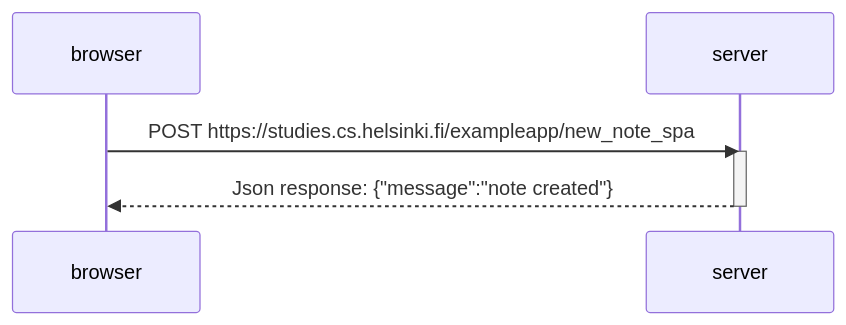
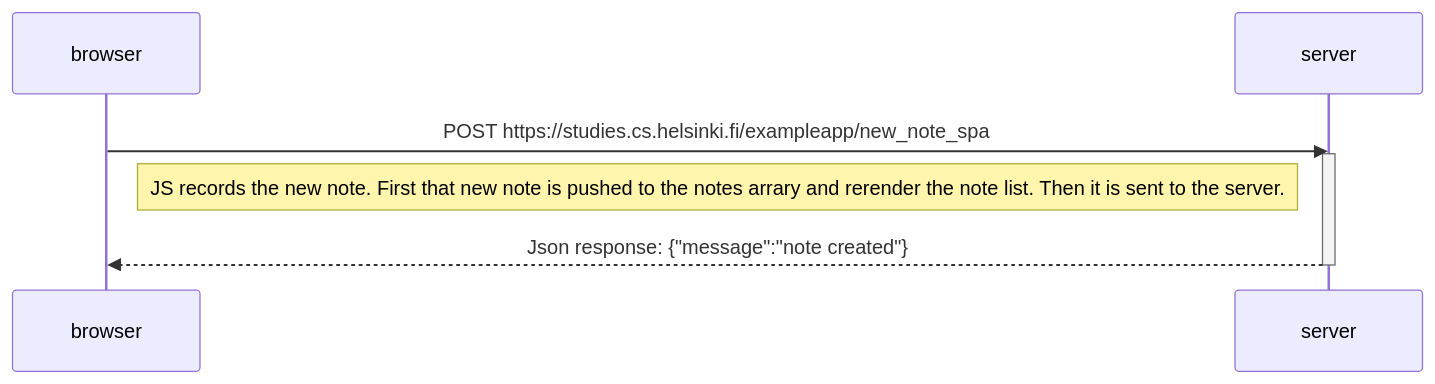
One commit to JohnasonY/FullStack-WebDev changed the diagram in part0/0.6.md. Above: the diagram before and after it, drawn with Mermaid.

````diff
--- a/part0/0.6.md
+++ b/part0/0.6.md
@@ -1,11 +1,12 @@
 ```mermaid
 sequenceDiagram
     participant browser
     participant server
     
     browser->>server: POST https://studies.cs.helsinki.fi/exampleapp/new_note_spa
     activate server
+    Note right of browser: JS records the new note. First that new note is pushed to the notes arrary and rerender the note list. Then it is sent to the server.
     server-->>browser: Json response: {"message":"note created"}
     deactivate server
 
 ```
````
